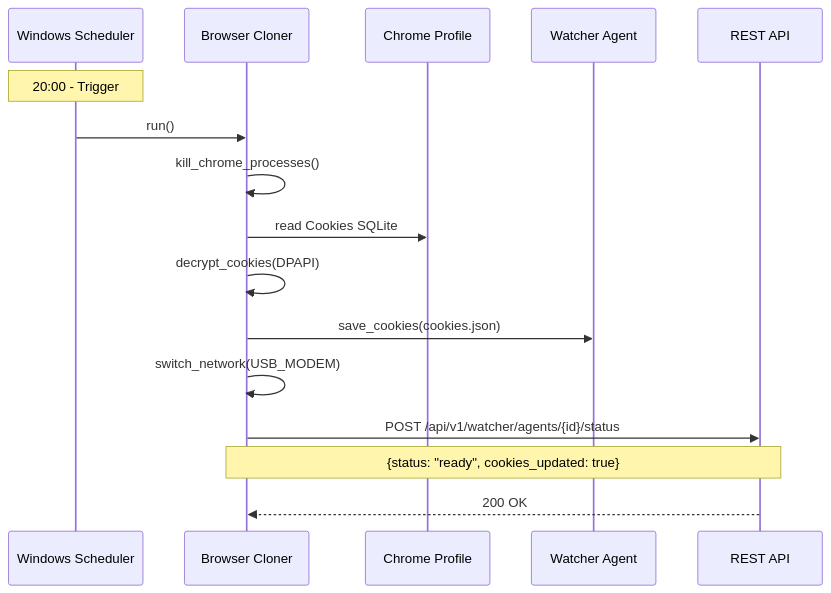
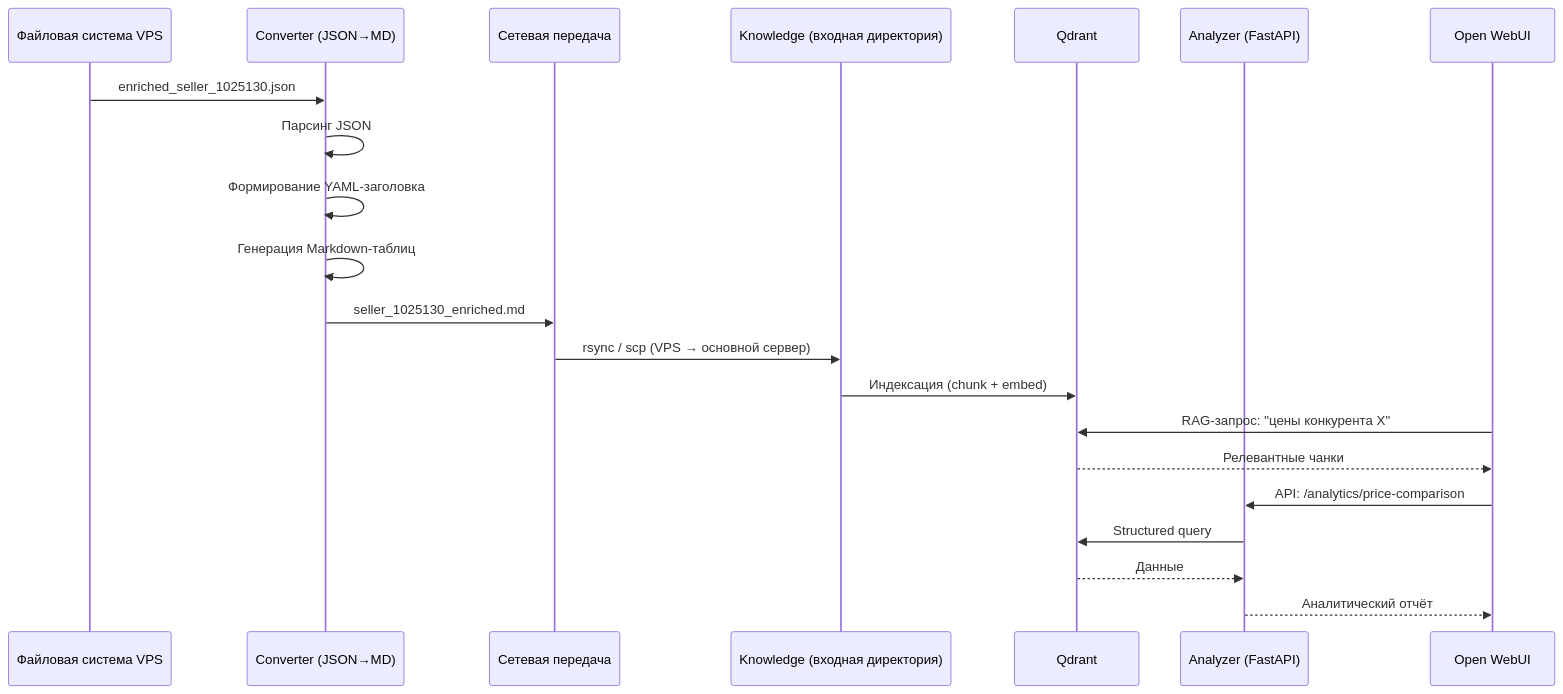
The ninth of 9 diagrams in watcher/adolf_watcher_1_architecture.md (Sign25/Docs), drawn with Mermaid before and after one commit. The commit also changed other lines of this file, not shown here.

Commit message:
Watcher v4.0: Раздел 1 — Архитектура (полная переработка)

````diff
--- a/watcher/adolf_watcher_1_architecture.md
+++ b/watcher/adolf_watcher_1_architecture.md
@@ -241,24 +410,26 @@
 ```mermaid
 sequenceDiagram
-    participant SCHED as Windows Scheduler
-    participant CLONER as Browser Cloner
-    participant CHROME as Chrome Profile
-    participant AGENT as Watcher Agent
-    participant API as REST API
-    
-    Note over SCHED: 20:00 - Trigger
-    
-    SCHED->>CLONER: run()
-    
-    CLONER->>CLONER: kill_chrome_processes()
-    CLONER->>CHROME: read Cookies SQLite
-    CLONER->>CLONER: decrypt_cookies(DPAPI)
-    CLONER->>AGENT: save_cookies(cookies.json)
-    
-    CLONER->>CLONER: switch_network(USB_MODEM)
-    
-    CLONER->>API: POST /api/v1/watcher/agents/{id}/status
-    Note over CLONER,API: {status: "ready", cookies_updated: true}
-    
-    API-->>CLONER: 200 OK
+    participant FS as Файловая система VPS
+    participant CONV as Converter (JSON→MD)
+    participant NET as Сетевая передача
+    participant KNOW as Knowledge (входная директория)
+    participant QDRANT as Qdrant
+    participant ANALYZER as Analyzer (FastAPI)
+    participant OWUI as Open WebUI
+
+    FS->>CONV: enriched_seller_1025130.json
+    CONV->>CONV: Парсинг JSON
+    CONV->>CONV: Формирование YAML-заголовка
+    CONV->>CONV: Генерация Markdown-таблиц
+    CONV->>NET: seller_1025130_enriched.md
+
+    NET->>KNOW: rsync / scp (VPS → основной сервер)
+    KNOW->>QDRANT: Индексация (chunk + embed)
+
+    OWUI->>QDRANT: RAG-запрос: "цены конкурента X"
+    QDRANT-->>OWUI: Релевантные чанки
+    OWUI->>ANALYZER: API: /analytics/price-comparison
+    ANALYZER->>QDRANT: Structured query
+    QDRANT-->>ANALYZER: Данные
+    ANALYZER-->>OWUI: Аналитический отчёт
 ```
````
